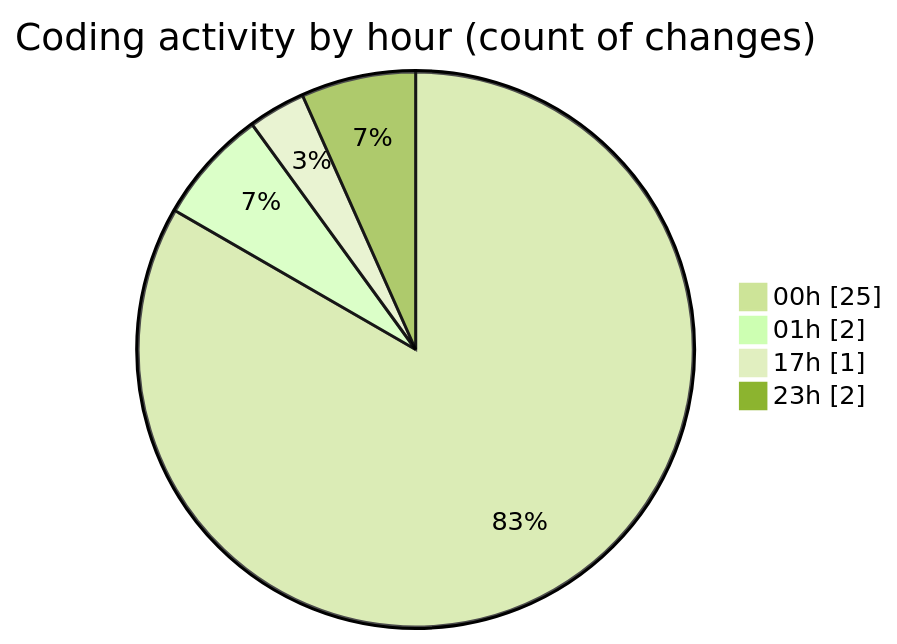
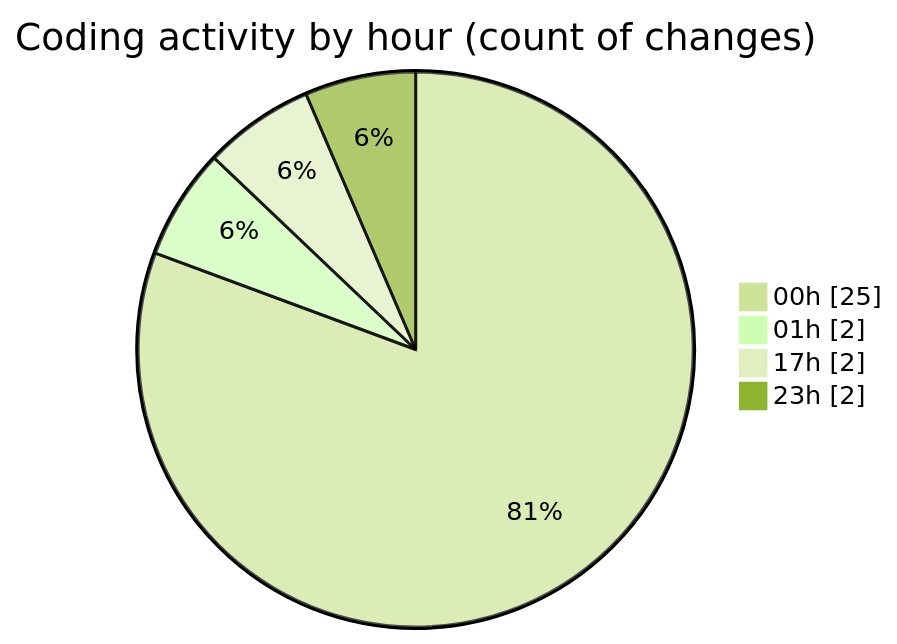
One commit to lephambinh05/code-tracking changed the second of 2 diagrams in 2025-08-19/rentotp/README.md. Above: the diagram before and after it, drawn with Mermaid (forest theme). The commit also changed other lines of this file and 1 other file, not shown here.

````diff
--- a/2025-08-19/rentotp/README.md
+++ b/2025-08-19/rentotp/README.md
@@ -41,8 +43,8 @@
 ```mermaid
 pie showData
 title Coding activity by hour (count of changes)
 "00h" : 25
 "01h" : 2
-"17h" : 1
+"17h" : 2
 "23h" : 2
 ```
````
